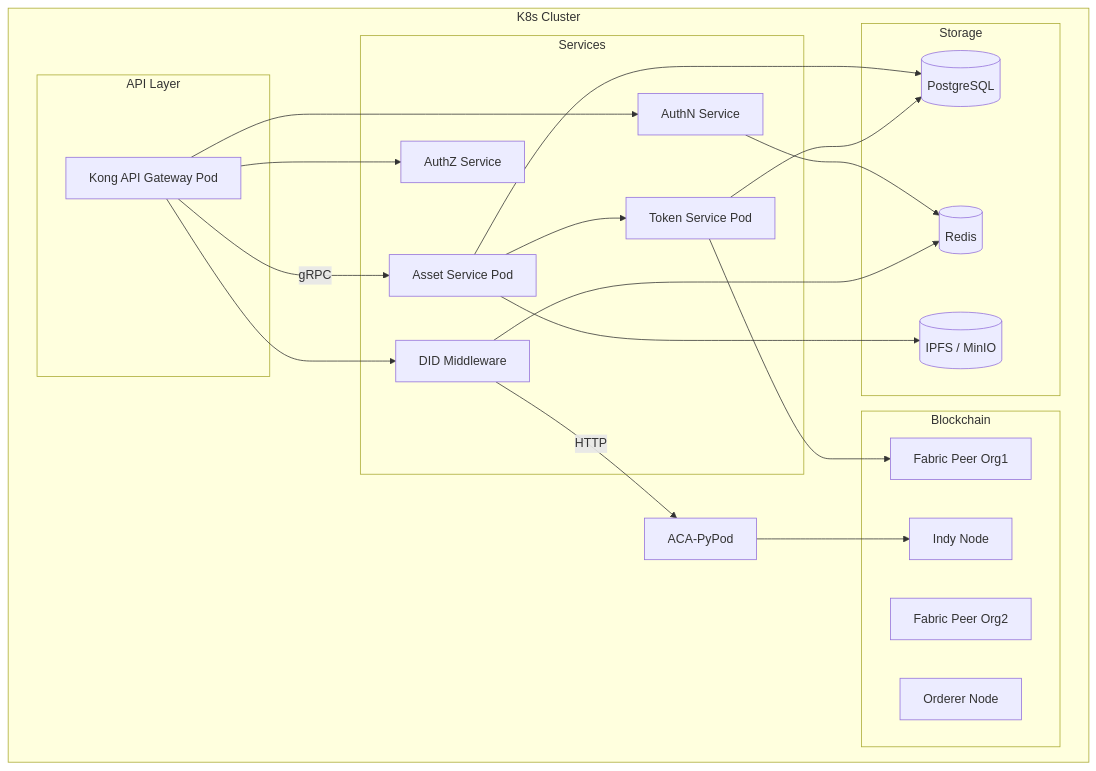
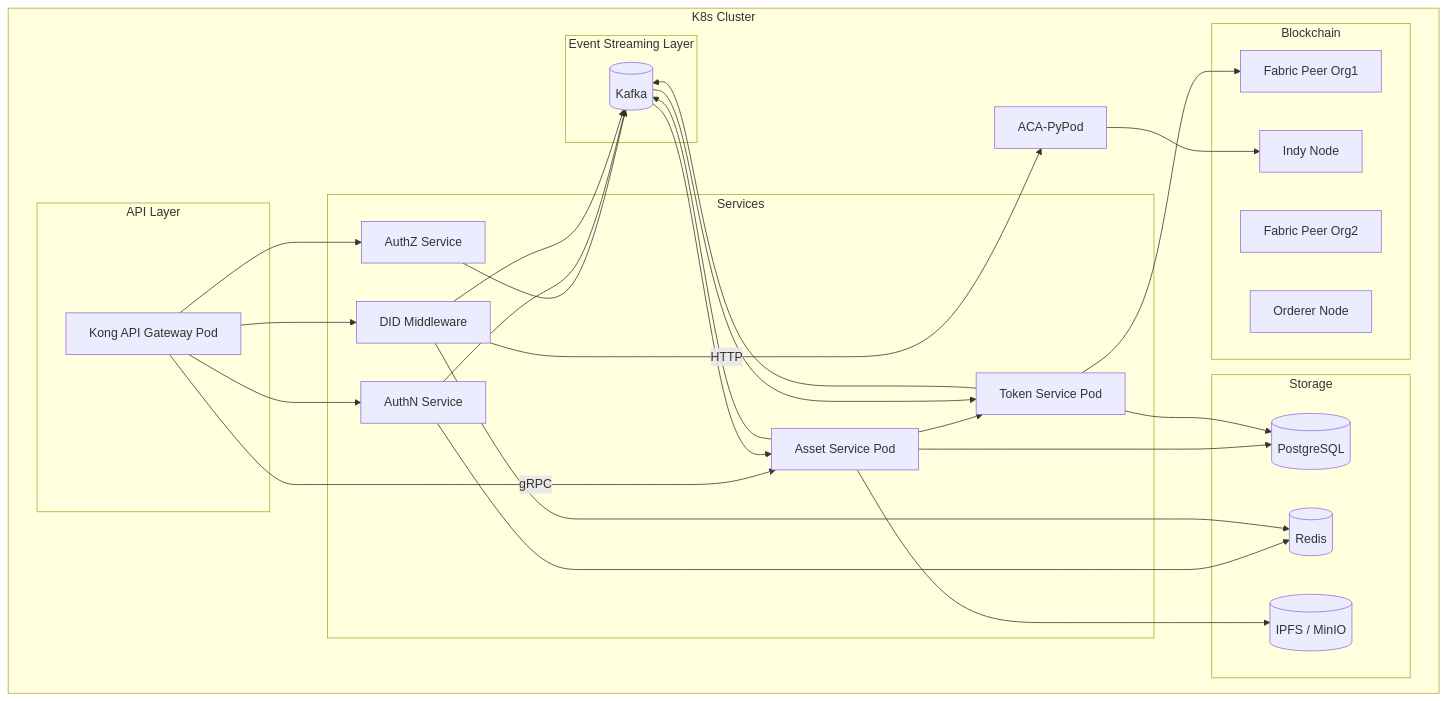
The fourth of 4 diagrams in docs/architecture-design.en.md (metafi-blockchain/metafi-digital-assets-service), drawn with Mermaid before and after one commit. The commit also changed other lines of this file, not shown here.

````diff
--- a/docs/architecture-design.en.md
+++ b/docs/architecture-design.en.md
@@ -258,45 +269,57 @@
 ```mermaid
 graph TD
     subgraph K8s Cluster
         subgraph API Layer
             GatewayPod[Kong API Gateway Pod]
         end
 
         subgraph Services
             AssetPod[Asset Service Pod]
             TokenPod[Token Service Pod]
             AuthNPod[AuthN Service]
             AuthZPod[AuthZ Service]
             DIDPod["DID Middleware"]
         end
 
         subgraph Blockchain
             FabricPeer1["Fabric Peer Org1"]
             FabricPeer2["Fabric Peer Org2"]
             Orderer[Orderer Node]
             Indy[Indy Node]
         end
 
         subgraph Storage
             DBPod[(PostgreSQL)]
             RedisPod[(Redis)]
             IPFSPod[(IPFS / MinIO)]
         end
 
+        subgraph Event Streaming Layer
+            KafkaPod[(Kafka)]
+        end
+
         GatewayPod -->|gRPC| AssetPod
         GatewayPod --> AuthNPod
         GatewayPod --> AuthZPod
         GatewayPod --> DIDPod
 
         AssetPod --> TokenPod
         TokenPod --> FabricPeer1
         DIDPod -->|HTTP| ACA-PyPod
 
         AssetPod --> DBPod
         TokenPod --> DBPod
         AuthNPod --> RedisPod
         DIDPod --> RedisPod
         AssetPod --> IPFSPod
         ACA-PyPod --> Indy
+
+        AssetPod --> KafkaPod
+        KafkaPod --> AssetPod
+        TokenPod --> KafkaPod
+        KafkaPod --> TokenPod
+        AuthZPod --> KafkaPod
+        AuthNPod --> KafkaPod
+        DIDPod --> KafkaPod
     end
 ```
````
